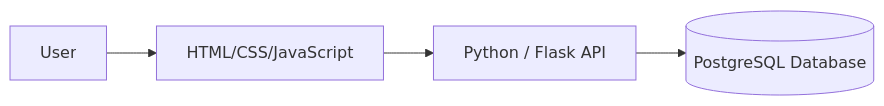
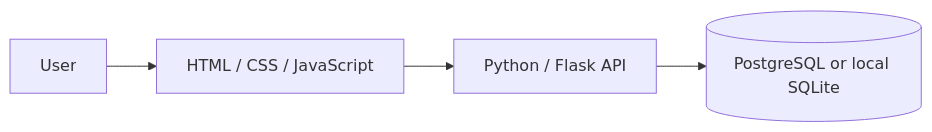
One commit to onleetosh/aim changed the diagram in README.md. Above: the diagram before and after it, drawn with Mermaid. The commit also changed other lines of this file, not shown here.

````diff
--- a/README.md
+++ b/README.md
@@ -147,7 +154,7 @@
 ```mermaid
 flowchart LR
-    U["User"] --> FE["React Front End"]
-    FE["HTML/CSS/JavaScript"] --> API["Python / Flask API"]
-    API --> DB[("PostgreSQL Database")]
+    U["User"] --> FE["HTML / CSS / JavaScript"]
+    FE --> API["Python / Flask API"]
+    API --> DB[("PostgreSQL or local SQLite")]
 
 ```
````
